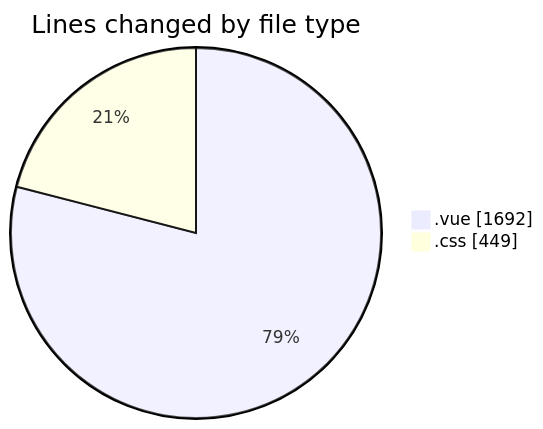
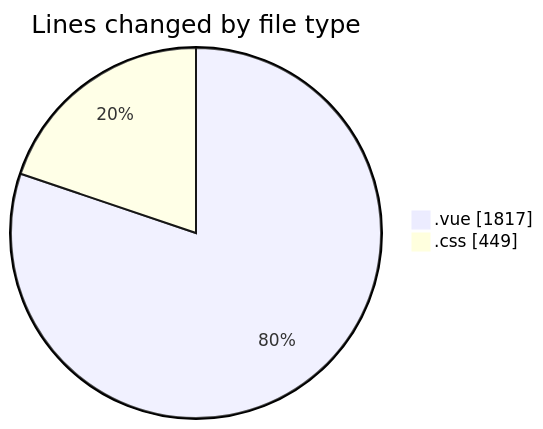
One commit to lephambinh05/code-tracking changed the first of 2 diagrams in 2025-08-10/rentotp/README.md. Above: the diagram before and after it, drawn with Mermaid. The commit also changed other lines of this file and 1 other file, not shown here.

````diff
--- a/2025-08-10/rentotp/README.md
+++ b/2025-08-10/rentotp/README.md
@@ -24,6 +24,6 @@
 ```mermaid
 pie showData
 title Lines changed by file type
-".vue" : 1692
+".vue" : 1817
 ".css" : 449
 ```
````
